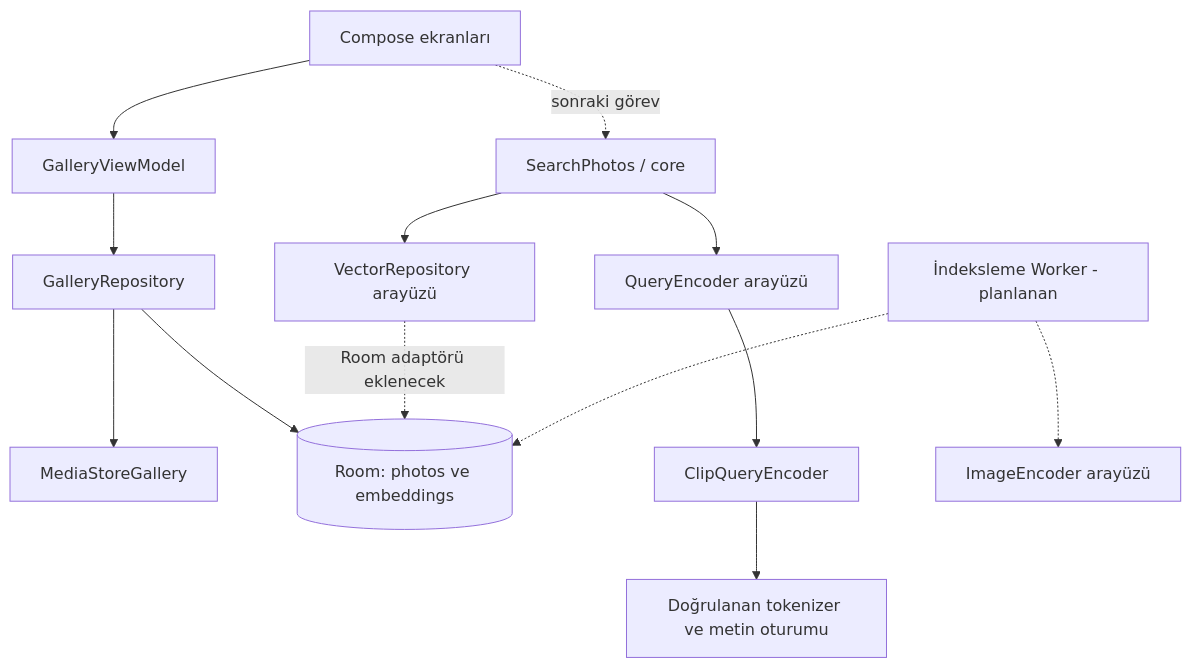
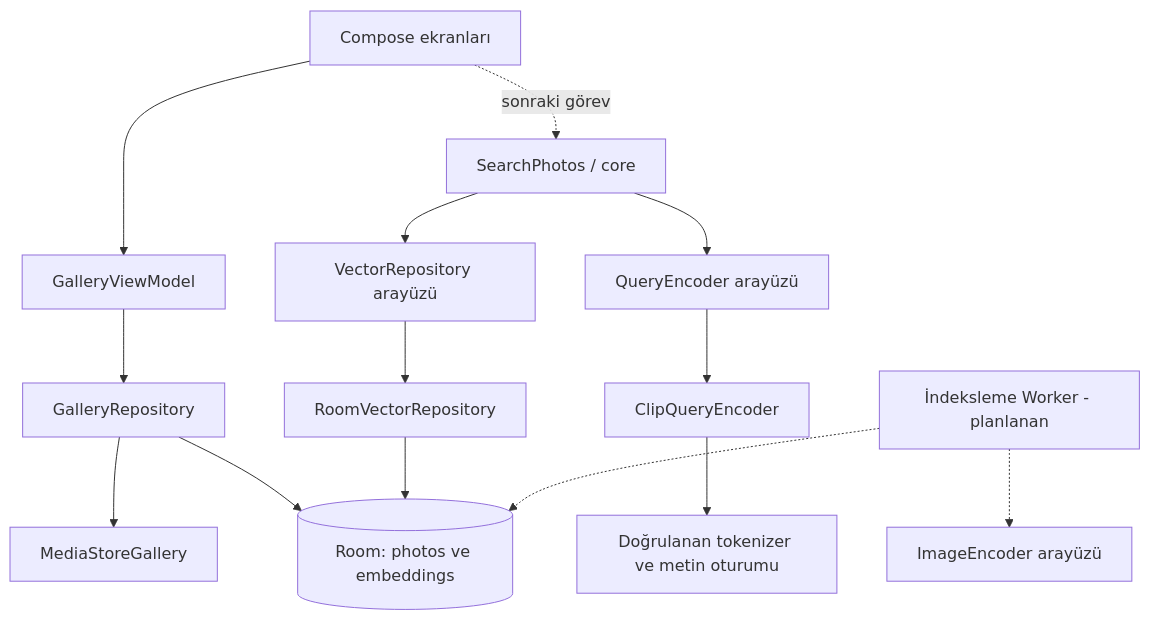
One commit to ozkanteberr/galeride-ara changed the diagram in docs/ARCHITECTURE.md. Above: the diagram before and after it, drawn with Mermaid. The commit also changed other lines of this file and 13 other files, not shown here.

Commit message:
Add lossless Room vector storage with model revision isolation

````diff
--- a/docs/ARCHITECTURE.md
+++ b/docs/ARCHITECTURE.md
@@ -52,15 +52,16 @@
 ```mermaid
 flowchart TD
     UI[Compose ekranları] --> VM[GalleryViewModel]
     VM --> GR[GalleryRepository]
     GR --> MS[MediaStoreGallery]
     GR --> DB[(Room: photos ve embeddings)]
     UI -. sonraki görev .-> SEARCH[SearchPhotos / core]
     SEARCH --> QE[QueryEncoder arayüzü]
     QE --> CQ[ClipQueryEncoder]
     CQ --> TM[Doğrulanan tokenizer ve metin oturumu]
     SEARCH --> VR[VectorRepository arayüzü]
-    VR -. Room adaptörü eklenecek .-> DB
+    VR --> RVR[RoomVectorRepository]
+    RVR --> DB
     WORK[İndeksleme Worker - planlanan] -.-> IE[ImageEncoder arayüzü]
     WORK -.-> DB
 ```
````
